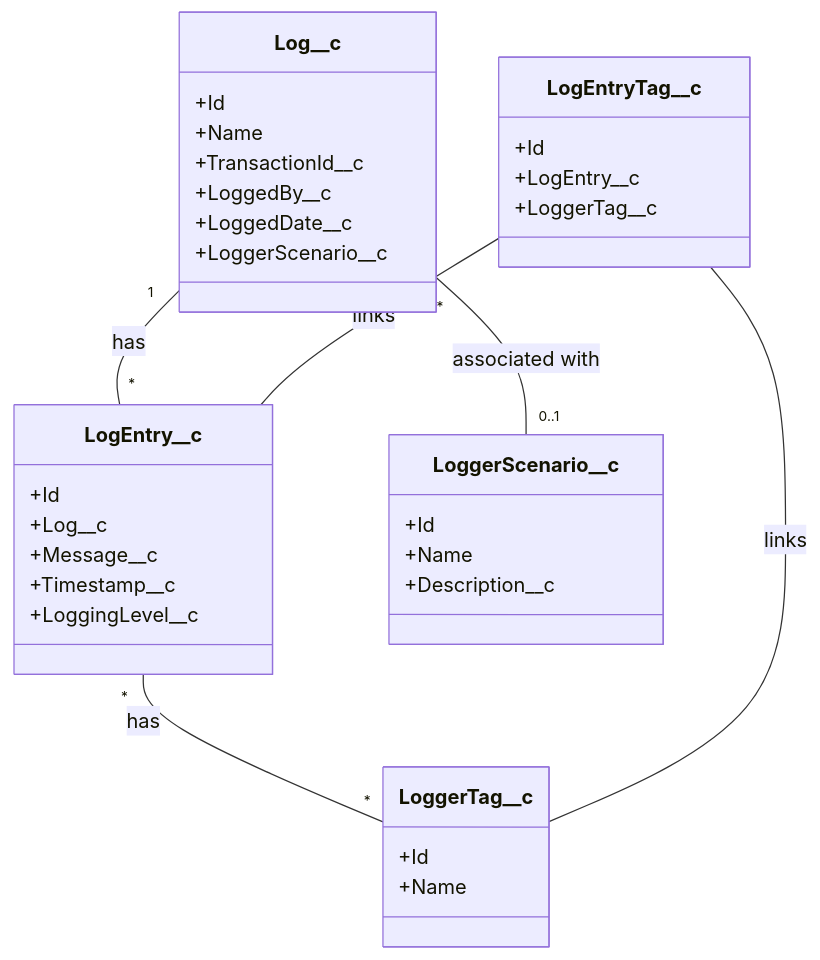
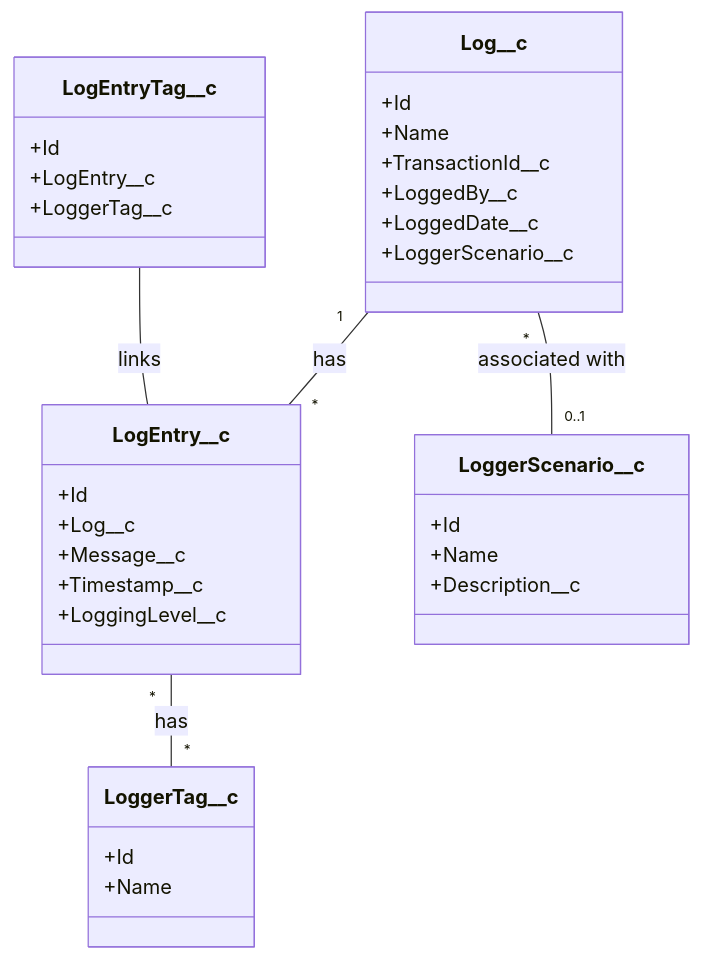
One commit to alcabon/nebula_doc changed the diagram in README.md. Above: the diagram before and after it, drawn with Mermaid.

````diff
--- a/README.md
+++ b/README.md
@@ -4,42 +4,41 @@
 ```mermaid
 classDiagram
     Log__c "1" -- "*" LogEntry__c : has
     LogEntry__c "*" -- "*" LoggerTag__c : has
     LogEntryTag__c -- LogEntry__c : links
-    LogEntryTag__c -- LoggerTag__c : links
     Log__c "*" -- "0..1" LoggerScenario__c : associated with
 
     class Log__c {
         +Id
         +Name
         +TransactionId__c
         +LoggedBy__c
         +LoggedDate__c
         +LoggerScenario__c
     }
 
     class LogEntry__c {
         +Id
         +Log__c
         +Message__c
         +Timestamp__c
         +LoggingLevel__c
     }
 
     class LogEntryTag__c {
         +Id
         +LogEntry__c
         +LoggerTag__c
     }
 
     class LoggerScenario__c {
         +Id
         +Name
         +Description__c
     }
 
     class LoggerTag__c {
         +Id
         +Name
     }
 ```
````
